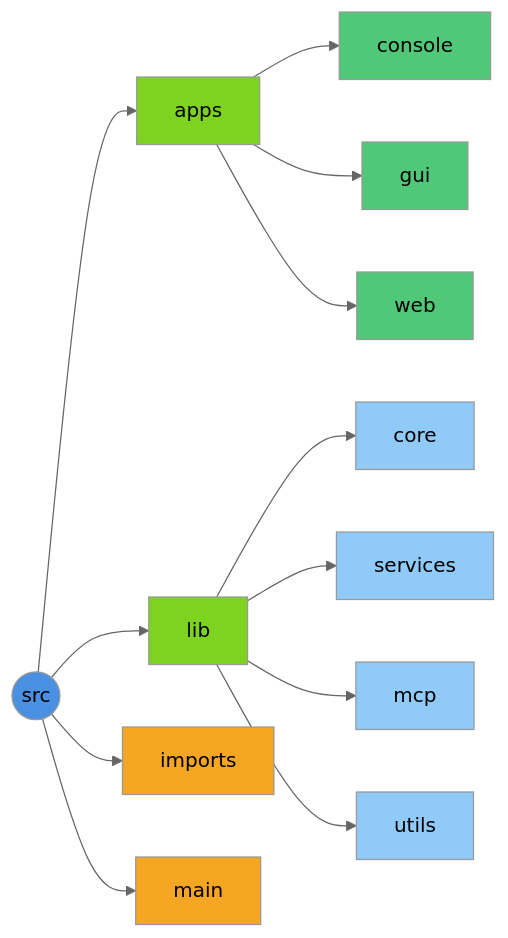
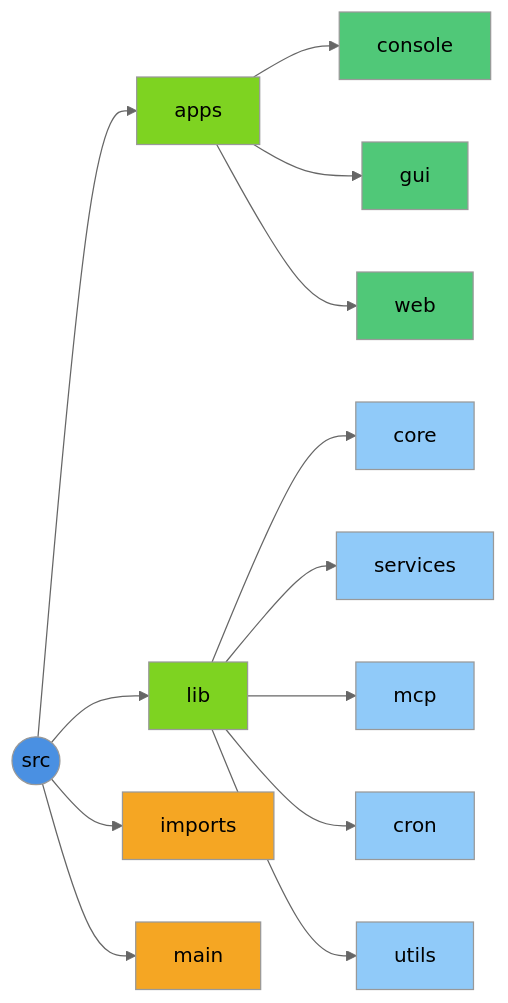
The diagram in docs/README.md (AmreetKumarkhuntia/knik), drawn with Mermaid (neutral theme) before and after one commit. The commit also changed other lines of this file and 28 other files, not shown here.

````diff
--- a/docs/README.md
+++ b/docs/README.md
@@ -79,27 +59,29 @@
 ```mermaid
 flowchart LR
     src((src)) --> apps
     src --> lib
     src --> imports
     src --> main
     apps --> console
     apps --> gui
     apps --> web
     lib --> core
     lib --> services
     lib --> mcp
+    lib --> cron
     lib --> utils
 
     style src fill:#4a90e2
     style imports fill:#f5a623
     style main fill:#f5a623
     style apps fill:#7ed321
     style lib fill:#7ed321
     style console fill:#50c878
     style gui fill:#50c878
     style web fill:#50c878
     style core fill:#90caf9
     style services fill:#90caf9
     style mcp fill:#90caf9
+    style cron fill:#90caf9
     style utils fill:#90caf9
 ```
````
